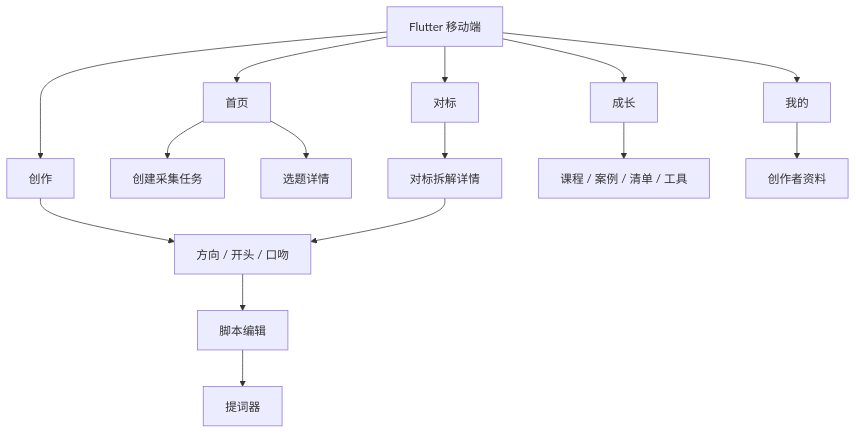
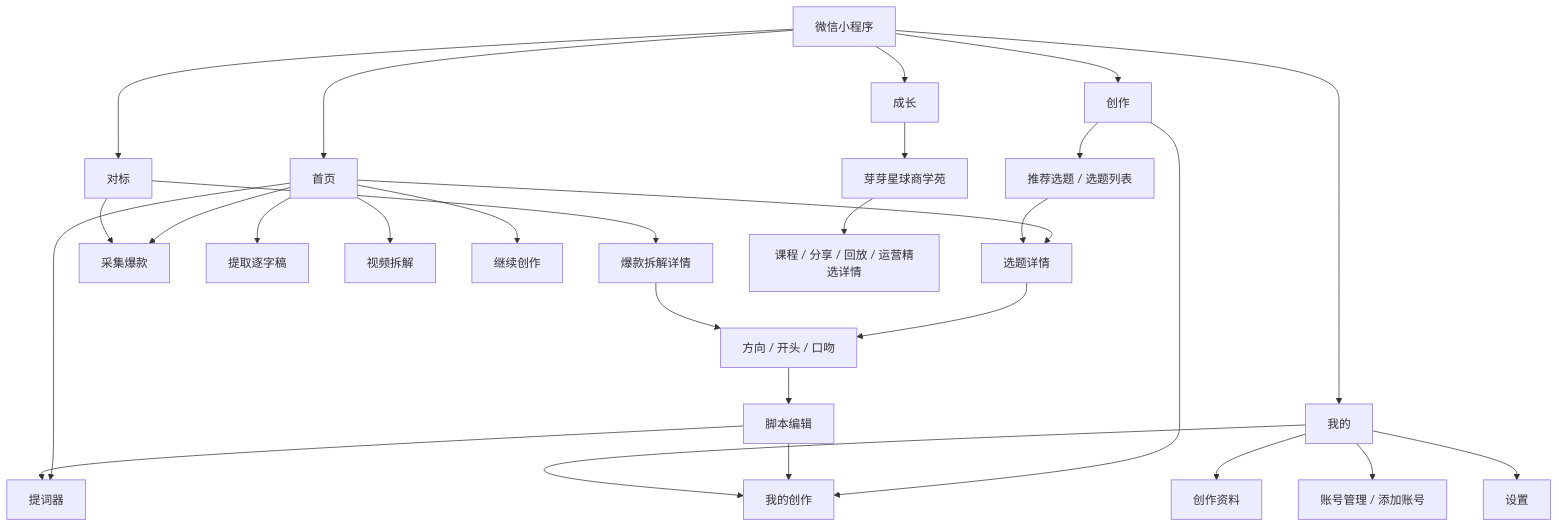
One commit to zhanglongfeng27101797/yayaxingqiu changed the diagram in docs/product/user-flows.md. Above: the diagram before and after it, drawn with Mermaid. The commit also changed other lines of this file and 13 other files, not shown here.

````diff
--- a/docs/product/user-flows.md
+++ b/docs/product/user-flows.md
@@ -3,17 +7,35 @@
 ```mermaid
 flowchart TB
-    APP[Flutter 移动端] --> HOME[首页]
+    APP[微信小程序] --> HOME[首页]
     APP --> CREATE[创作]
     APP --> BENCH[对标]
     APP --> GROW[成长]
     APP --> ME[我的]
-    HOME --> CAPTURE[创建采集任务]
+
     HOME --> TOPIC[选题详情]
-    CREATE --> CONFIG[方向 / 开头 / 口吻]
+    HOME --> CAPTURE[采集爆款]
+    HOME --> TRANSCRIPT[提取逐字稿]
+    HOME --> ANALYZE[视频拆解]
+    HOME --> TELE[提词器]
+    HOME --> RECENT[继续创作]
+
+    CREATE --> TOPIC_LIST[推荐选题 / 选题列表]
+    CREATE --> MY_CREATIONS[我的创作]
+    TOPIC_LIST --> TOPIC
+    TOPIC --> CONFIG[方向 / 开头 / 口吻]
     CONFIG --> SCRIPT[脚本编辑]
-    SCRIPT --> TELE[提词器]
-    BENCH --> DETAIL[对标拆解详情]
-    DETAIL --> CONFIG
-    GROW --> LESSON[课程 / 案例 / 清单 / 工具]
-    ME --> PROFILE[创作者资料]
+    SCRIPT --> MY_CREATIONS
+    SCRIPT --> TELE
+
+    BENCH --> CAPTURE
+    BENCH --> BENCH_DETAIL[爆款拆解详情]
+    BENCH_DETAIL --> CONFIG
+
+    GROW --> ACADEMY[芽芽星球商学苑]
+    ACADEMY --> LEARNING_DETAIL[课程 / 分享 / 回放 / 运营精选详情]
+
+    ME --> MY_CREATIONS
+    ME --> PROFILE[创作资料]
+    ME --> ACCOUNT[账号管理 / 添加账号]
+    ME --> SETTINGS[设置]
 ```
````
